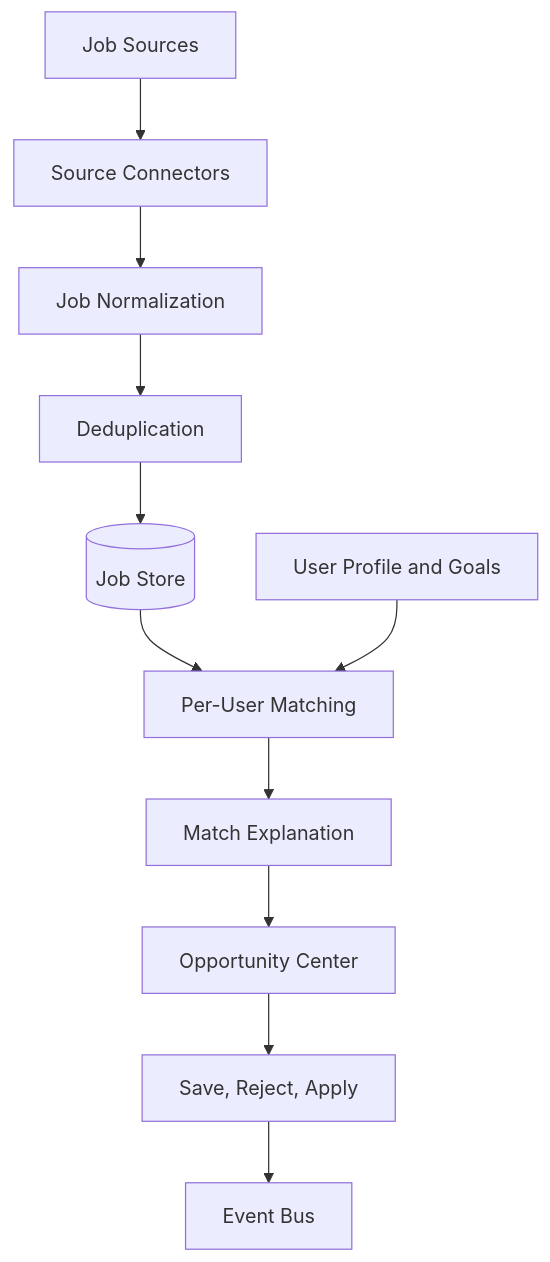
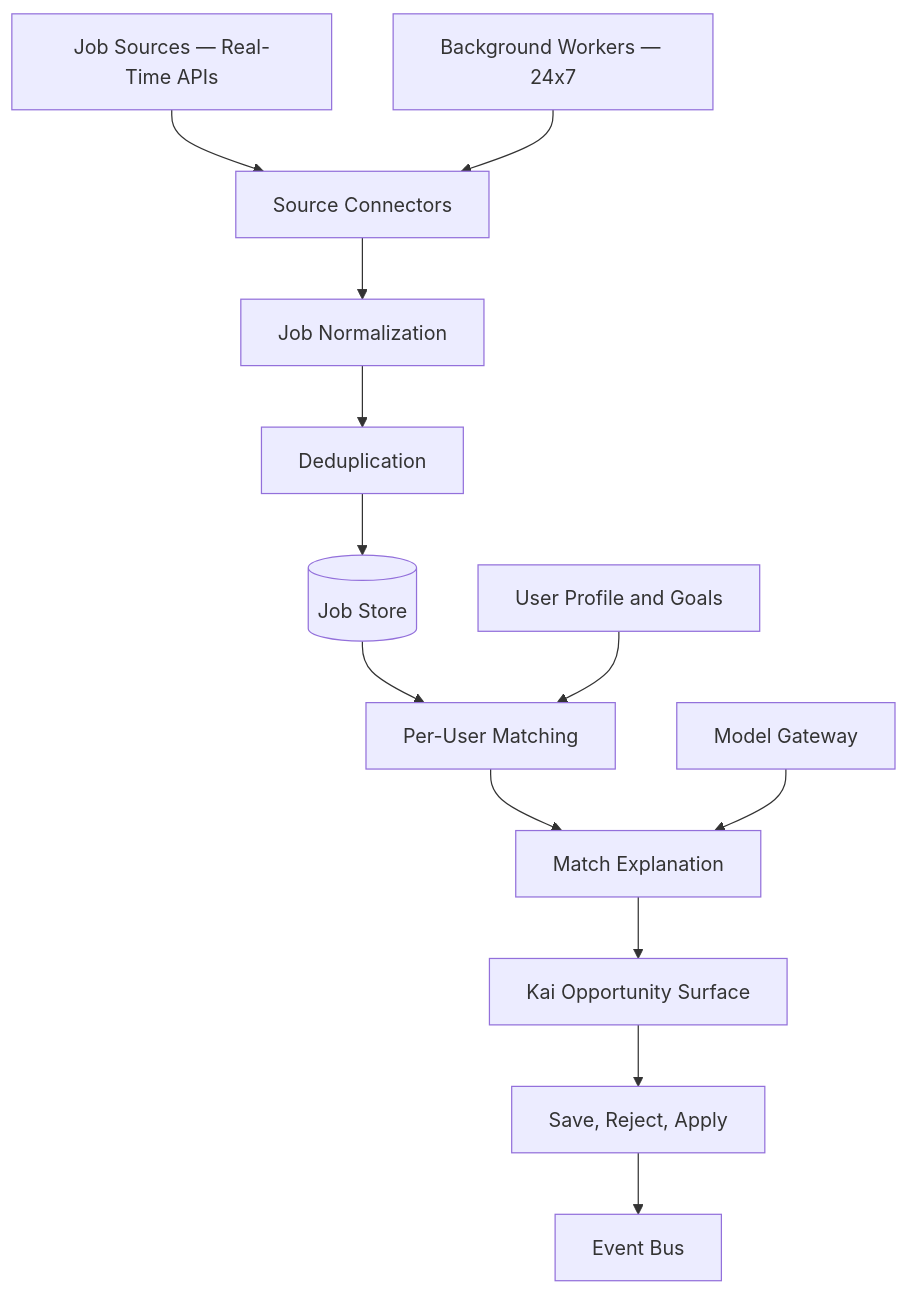
One commit to Mirzzie/Fadi changed the diagram in docs/JOB_DISCOVERY_ENGINE.md. Above: the diagram before and after it, drawn with Mermaid. The commit also changed other lines of this file and 65 other files, not shown here.

First line of the commit message:
docs: update architecture docs for Better Auth, Kai, and data sources

````diff
--- a/docs/JOB_DISCOVERY_ENGINE.md
+++ b/docs/JOB_DISCOVERY_ENGINE.md
@@ -27,13 +29,15 @@
 ```mermaid
 flowchart TD
-    Sources[Job Sources] --> Ingest[Source Connectors]
+    Sources[Job Sources — Real-Time APIs] --> Ingest[Source Connectors]
     Ingest --> Normalize[Job Normalization]
     Normalize --> Dedupe[Deduplication]
     Dedupe --> Jobs[(Job Store)]
     Jobs --> Match[Per-User Matching]
     Profile[User Profile and Goals] --> Match
     Match --> Explain[Match Explanation]
-    Explain --> Opportunities[Opportunity Center]
+    Gateway[Model Gateway] --> Explain
+    Explain --> Opportunities[Kai Opportunity Surface]
     Opportunities --> Feedback[Save, Reject, Apply]
     Feedback --> Events[Event Bus]
+    Background[Background Workers — 24x7] --> Ingest
 ```
````
